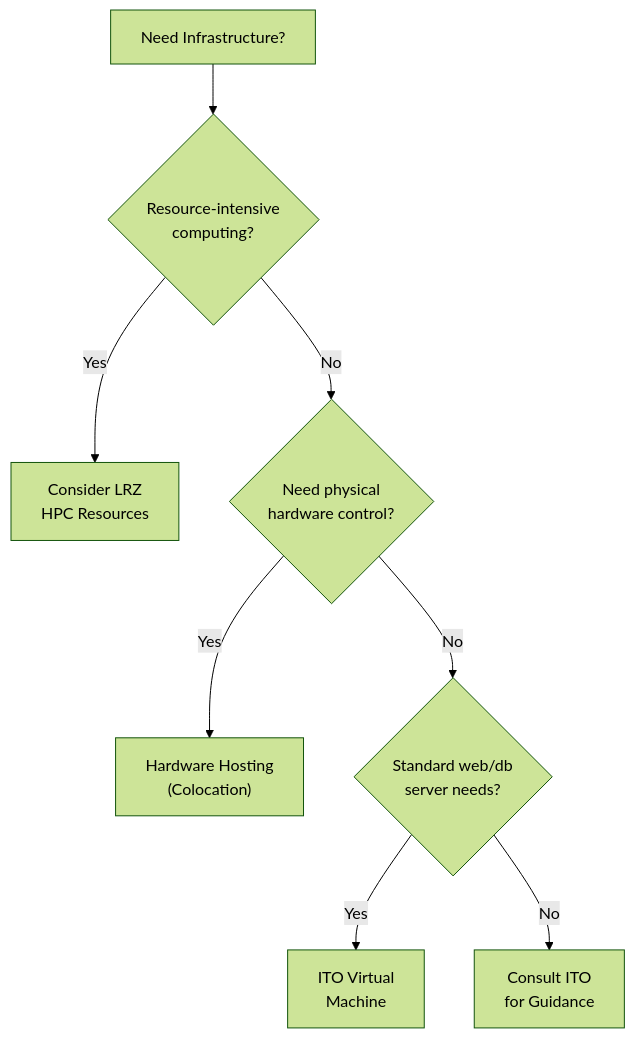
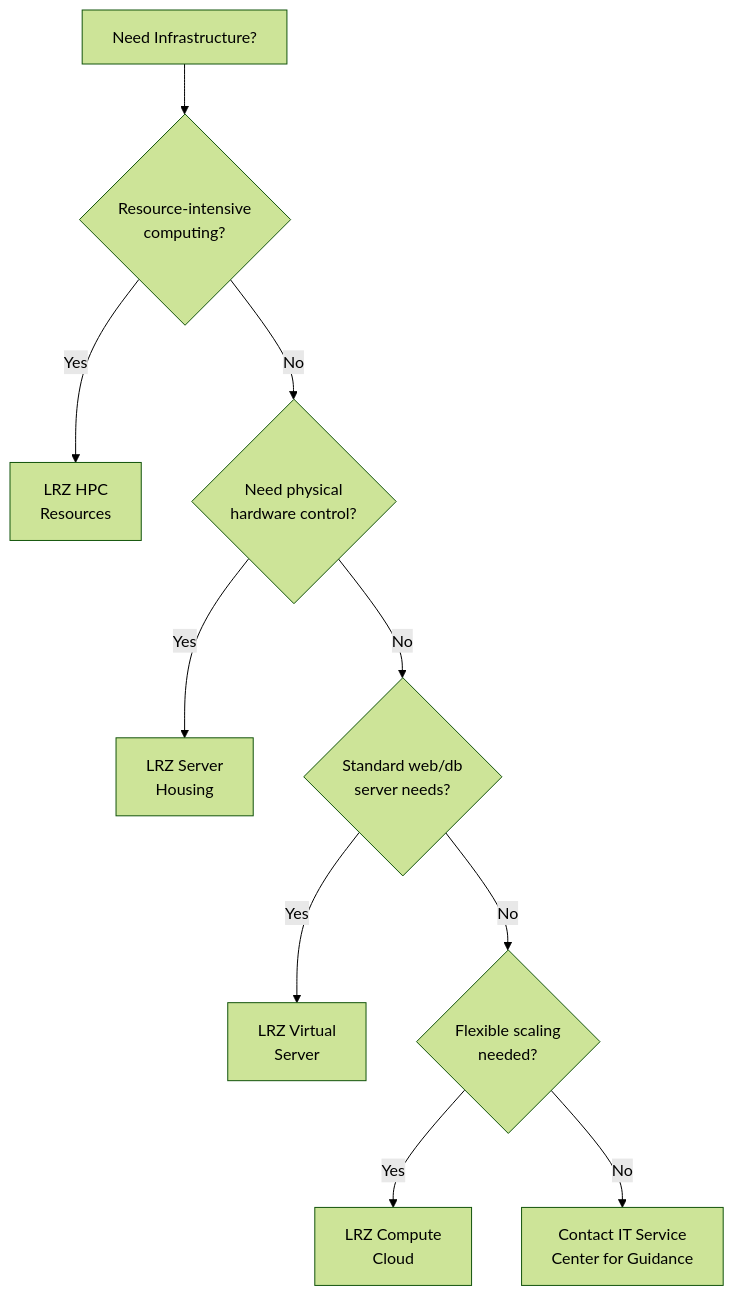
One commit to jtimo/tum-ito-admin-guide changed the second of 3 diagrams in en/chapters/04-infrastructure-services.qmd. Above: the diagram before and after it, drawn with Mermaid (forest theme). The commit also changed other lines of this file and 21 other files, not shown here.

````diff
--- a/en/chapters/04-infrastructure-services.qmd
+++ b/en/chapters/04-infrastructure-services.qmd
@@ -214,15 +76,18 @@
 ```{mermaid}
 %%| fig-cap: "Choosing the Right Infrastructure"
 flowchart TB
     Start["Need Infrastructure?"]
     Start --> Q1{"Resource-intensive<br/>computing?"}
 
-    Q1 --> |Yes| LRZ["Consider LRZ<br/>HPC Resources"]
+    Q1 --> |Yes| LRZ["LRZ HPC<br/>Resources"]
     Q1 --> |No| Q2{"Need physical<br/>hardware control?"}
 
-    Q2 --> |Yes| Colo["Hardware Hosting<br/>(Colocation)"]
+    Q2 --> |Yes| Housing["LRZ Server<br/>Housing"]
     Q2 --> |No| Q3{"Standard web/db<br/>server needs?"}
 
-    Q3 --> |Yes| VM["ITO Virtual<br/>Machine"]
-    Q3 --> |No| Consult["Consult ITO<br/>for Guidance"]
+    Q3 --> |Yes| VM["LRZ Virtual<br/>Server"]
+    Q3 --> |No| Q4{"Flexible scaling<br/>needed?"}
+
+    Q4 --> |Yes| Cloud["LRZ Compute<br/>Cloud"]
+    Q4 --> |No| Consult["Contact IT Service<br/>Center for Guidance"]
 ```
````
